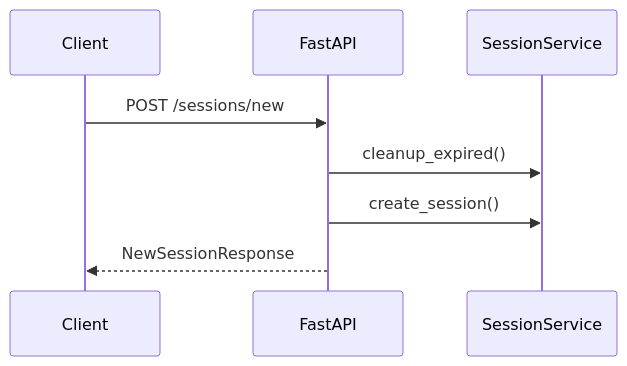
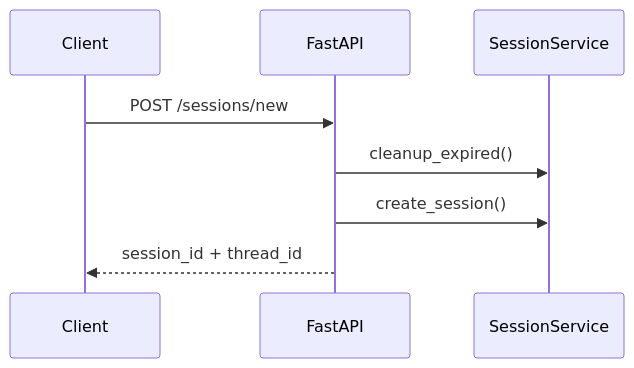
The second of 3 diagrams in docs/architecture.md (ktakanopy/appointment-bot), drawn with Mermaid before and after one commit. The commit also changed other lines of this file and 10 other files, not shown here.

````diff
--- a/docs/architecture.md
+++ b/docs/architecture.md
@@ -118,11 +137,11 @@
 ```mermaid
 sequenceDiagram
     participant client as Client
     participant api as FastAPI
-    participant sessionSvc as SessionService
+    participant sessions as SessionService
 
     client->>api: POST /sessions/new
-    api->>sessionSvc: cleanup_expired()
-    api->>sessionSvc: create_session()
-    api-->>client: NewSessionResponse
+    api->>sessions: cleanup_expired()
+    api->>sessions: create_session()
+    api-->>client: session_id + thread_id
 ```
````
